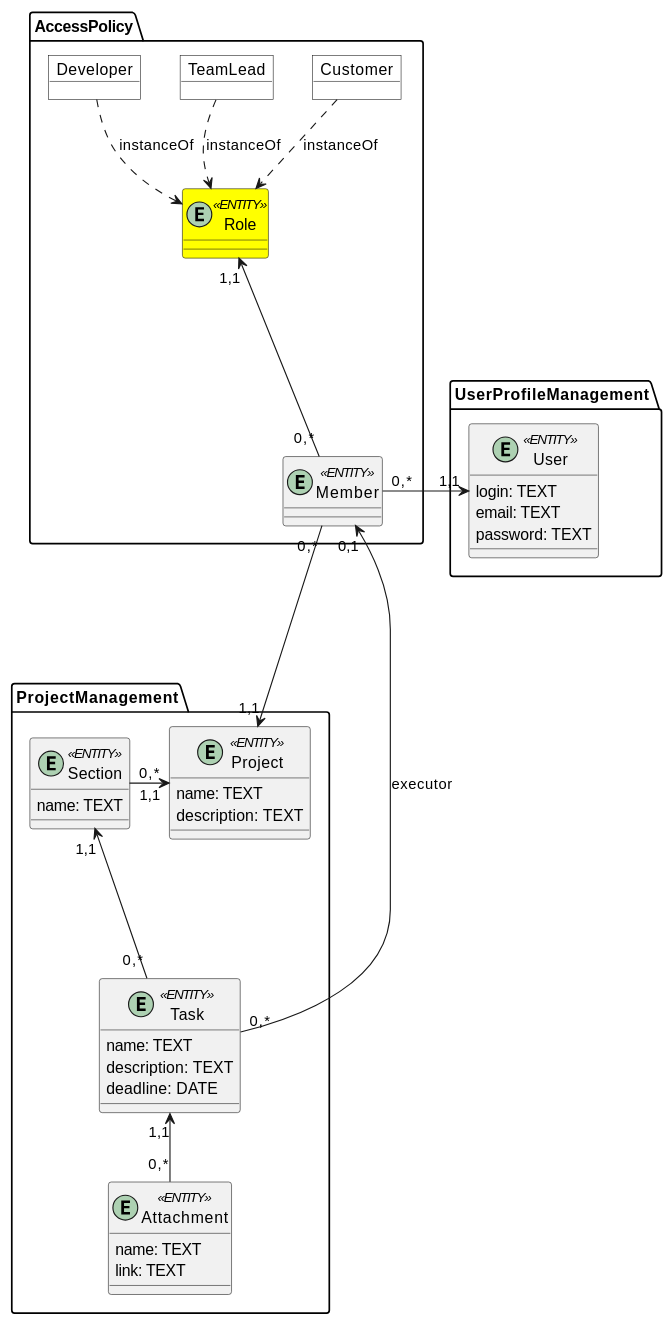
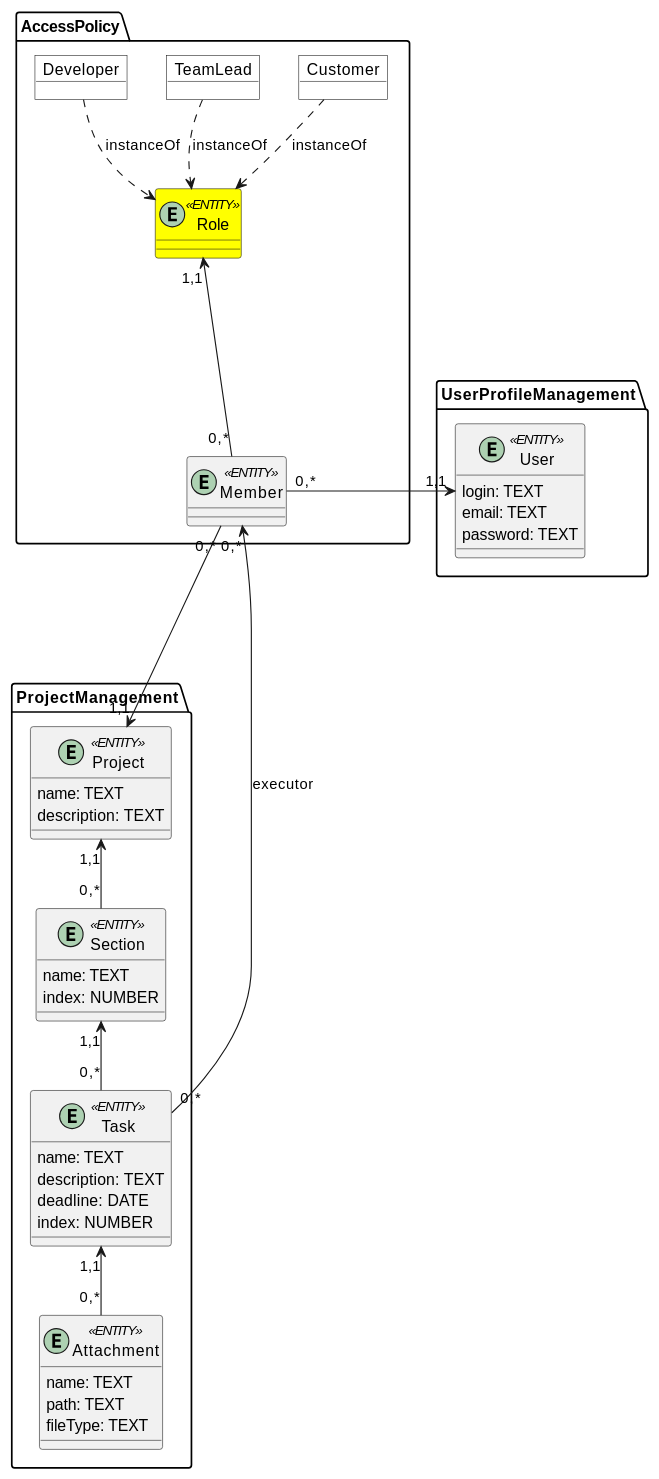
The second of 2 diagrams in docs/design/README.md (boldak/edu-db-cw), drawn with PlantUML before and after one commit.

Commit message:
підредагувала ER-model

```diff
--- a/docs/design/README.md
+++ b/docs/design/README.md
@@ -85,58 +85,61 @@
 @startuml
 
 namespace UserProfileManagement {
     entity User <<ENTITY>> {
         login: TEXT
         email: TEXT
         password: TEXT
     }
 }
 
 namespace ProjectManagement {
     entity Project <<ENTITY>> {
         name: TEXT
         description: TEXT
     }
 
     entity Section <<ENTITY>> {
         name: TEXT
+        index: NUMBER
     }
     
     entity Task <<ENTITY>> {
         name: TEXT
         description: TEXT
         deadline: DATE
+        index: NUMBER
     }
     
     entity Attachment <<ENTITY>> {
         name: TEXT
-        link: TEXT
+        path: TEXT
+        fileType: TEXT
     }
 }
 
 namespace AccessPolicy {
     entity Member <<ENTITY>> { 
     }
 
     entity Role <<ENTITY>> #ffff00 {
     }
 
     object Customer #ffffff
     object TeamLead #ffffff
     object Developer #ffffff
 }
 
 Member "0,*" ---> "1,1" Project
 Member "0,*" --u-> "1,1" Role
 Member "0,*" ---r-> "1,1" User
 
-Task "0,*" --> "0,1" Member : executor
+Task "0,*" --> "0,*" Member : executor
 
-Project "1,1" <---l- "0,*" Section
-Section "1,1" <--- "0,*" Task
+Section "0,*" -u-> "1,1" Project
+Section "1,1" <-- "0,*" Task
 Task "1,1" <-- "0,*" Attachment
 
 Customer ..> Role : instanceOf
 TeamLead ..> Role : instanceOf
 Developer ..> Role : instanceOf
 @enduml
```
